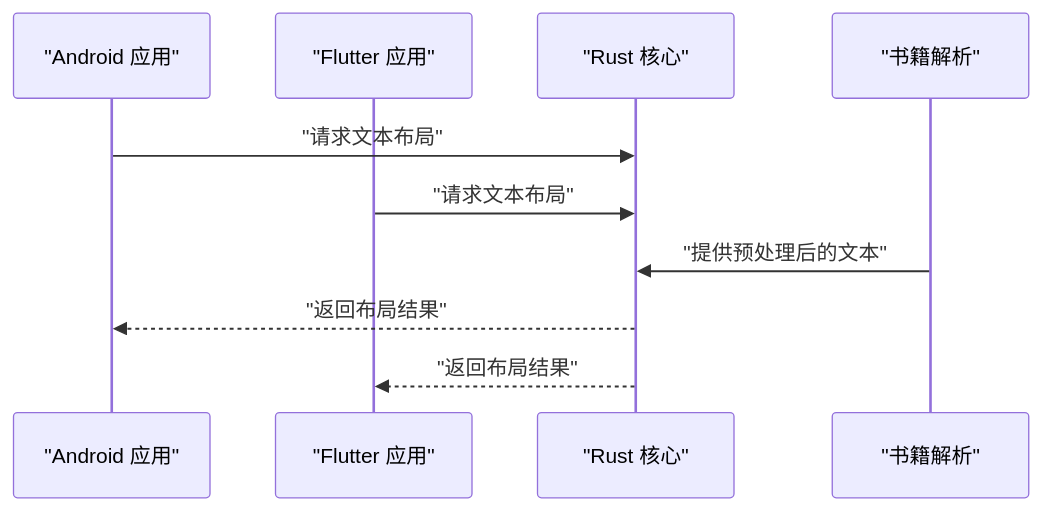
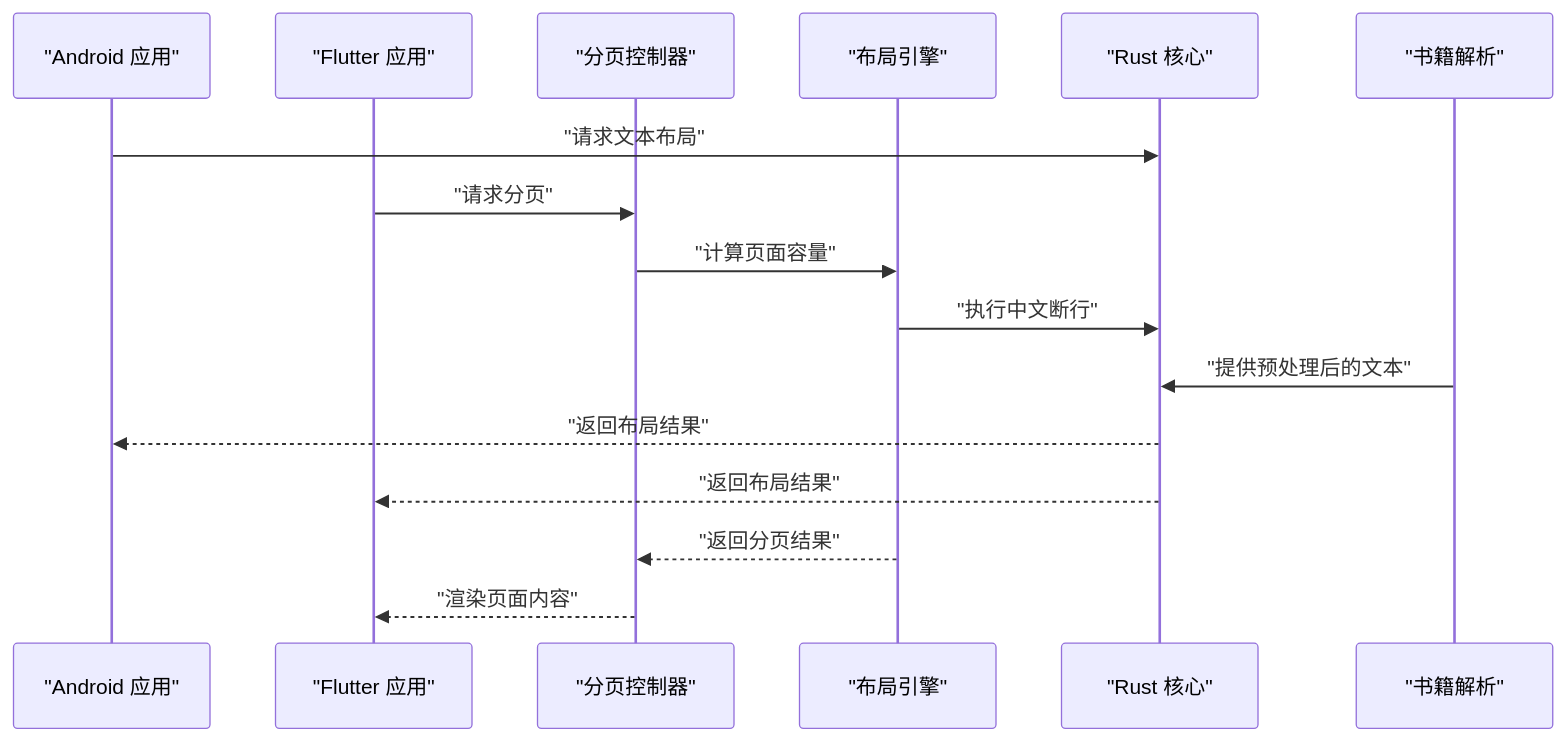
Before and after one commit to ZhangGHGitHub/LegadoTeamFlutter: the second of 11 diagrams in .qoder/repowiki/zh/content/Flutter跨平台应用/UI组件系统/中文排版引擎.md, drawn with Mermaid. The commit also changed other lines of this file and 173 other files, not shown here.

````diff
--- a/.qoder/repowiki/zh/content/Flutter跨平台应用/UI组件系统/中文排版引擎.md
+++ b/.qoder/repowiki/zh/content/Flutter跨平台应用/UI组件系统/中文排版引擎.md
@@ -107,12 +131,18 @@
 ```mermaid
 sequenceDiagram
 participant App as "Android 应用"
 participant Flutter as "Flutter 应用"
+participant PageView as "分页控制器"
+participant LayoutEngine as "布局引擎"
 participant Core as "Rust 核心"
 participant Book as "书籍解析"
 App->>Core : "请求文本布局"
-Flutter->>Core : "请求文本布局"
+Flutter->>PageView : "请求分页"
+PageView->>LayoutEngine : "计算页面容量"
+LayoutEngine->>Core : "执行中文断行"
 Book->>Core : "提供预处理后的文本"
 Core-->>App : "返回布局结果"
 Core-->>Flutter : "返回布局结果"
+LayoutEngine-->>PageView : "返回分页结果"
+PageView-->>Flutter : "渲染页面内容"
 ```
````
